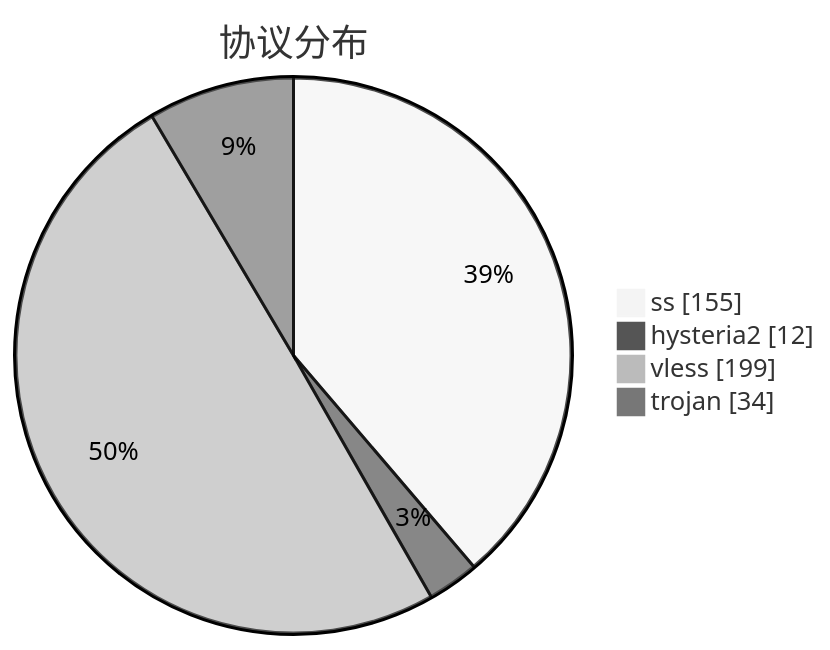
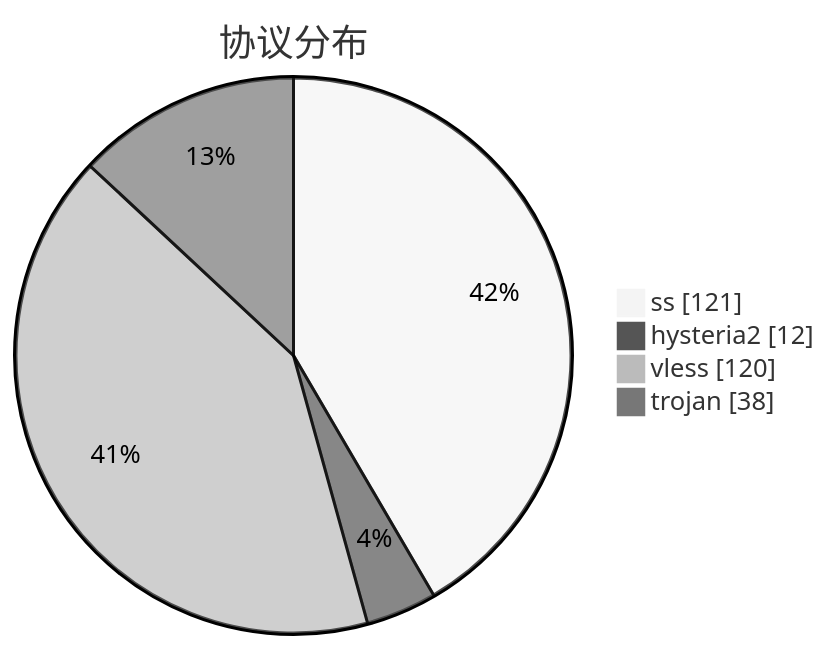
Before and after one commit to qjlxg/airport: the third of 3 diagrams in subs/statistics/tested_within.md, drawn with Mermaid (neutral theme). The commit also changed other lines of this file and 2 other files, not shown here.

````diff
--- a/subs/statistics/tested_within.md
+++ b/subs/statistics/tested_within.md
@@ -18,8 +18,8 @@
 ```mermaid
 pie showData
 title 协议分布
-"ss" : 155
+"ss" : 121
 "hysteria2" : 12
-"vless" : 199
-"trojan" : 34
+"vless" : 120
+"trojan" : 38
 ```
````
